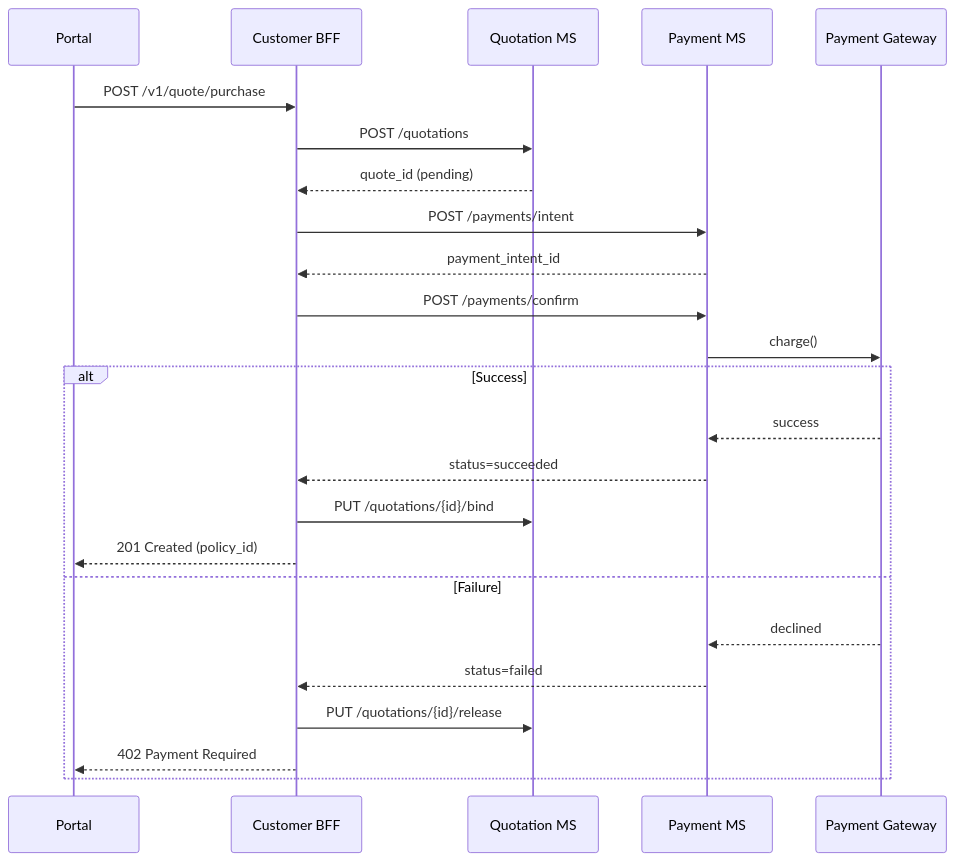
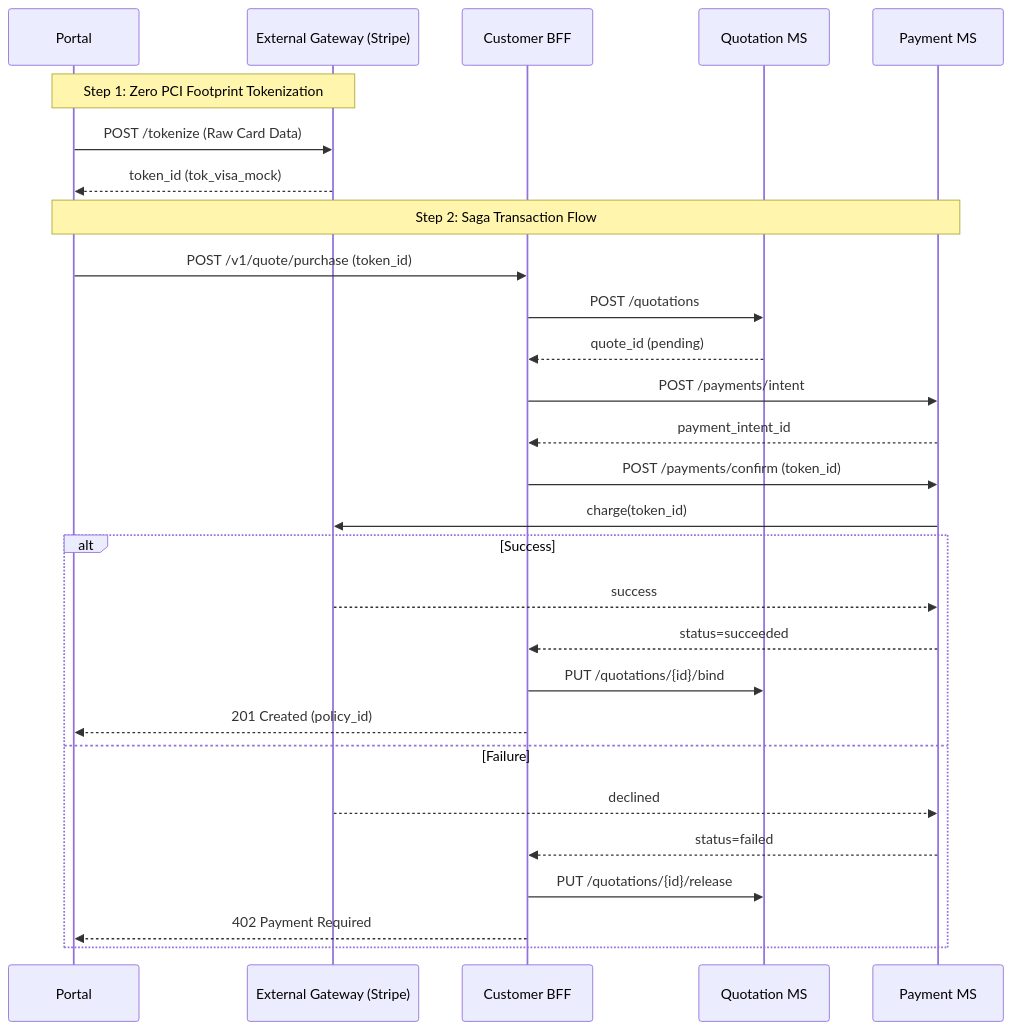
The second of 2 diagrams in BFF_Solution_Design.md (caliew/Challenge2), drawn with Mermaid before and after one commit. The commit also changed other lines of this file and 5 other files, not shown here.

````diff
--- a/BFF_Solution_Design.md
+++ b/BFF_Solution_Design.md
@@ -133,27 +142,32 @@
 ```mermaid
 sequenceDiagram
     participant Client as Portal
+    participant PG as External Gateway (Stripe)
     participant BFF as Customer BFF
     participant Q as Quotation MS
     participant P as Payment MS
-    participant PG as Payment Gateway
 
-    Client->>BFF: POST /v1/quote/purchase
+    Note over Client, PG: Step 1: Zero PCI Footprint Tokenization
+    Client->>PG: POST /tokenize (Raw Card Data)
+    PG-->>Client: token_id (tok_visa_mock)
+    
+    Note over Client, P: Step 2: Saga Transaction Flow
+    Client->>BFF: POST /v1/quote/purchase (token_id)
     BFF->>Q: POST /quotations
     Q-->>BFF: quote_id (pending)
     BFF->>P: POST /payments/intent
     P-->>BFF: payment_intent_id
-    BFF->>P: POST /payments/confirm
-    P->>PG: charge()
+    BFF->>P: POST /payments/confirm (token_id)
+    P->>PG: charge(token_id)
     alt Success
         PG-->>P: success
         P-->>BFF: status=succeeded
         BFF->>Q: PUT /quotations/{id}/bind
         BFF-->>Client: 201 Created (policy_id)
     else Failure
         PG-->>P: declined
         P-->>BFF: status=failed
         BFF->>Q: PUT /quotations/{id}/release
         BFF-->>Client: 402 Payment Required
     end
 ```
````
